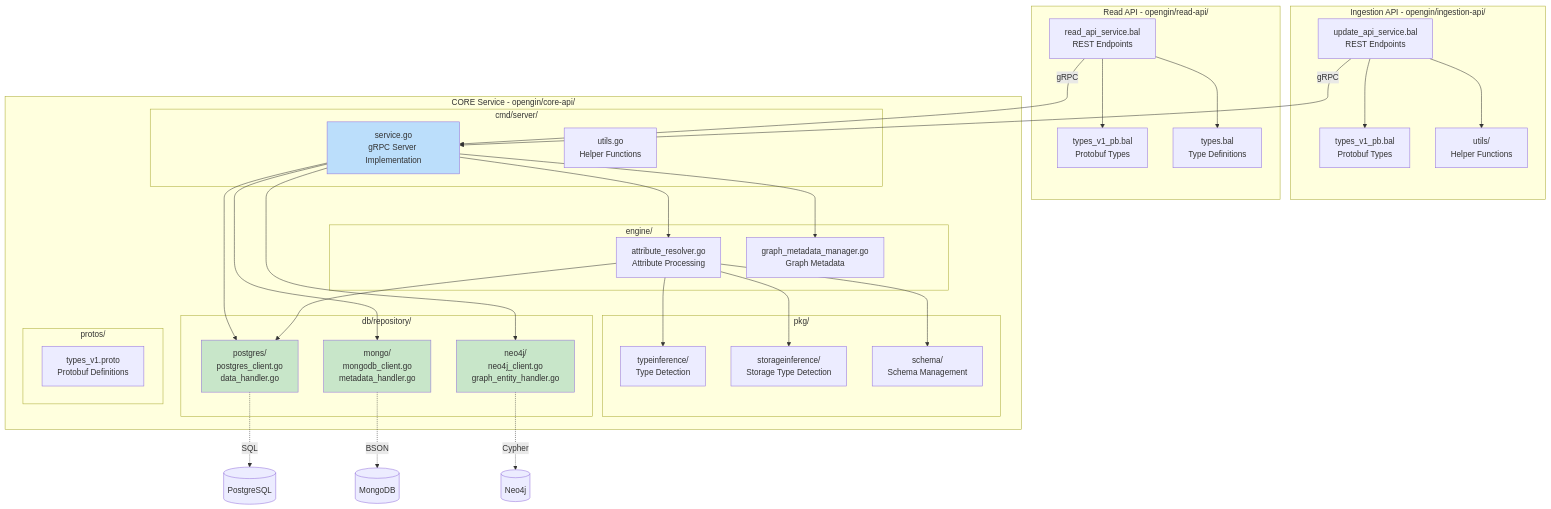
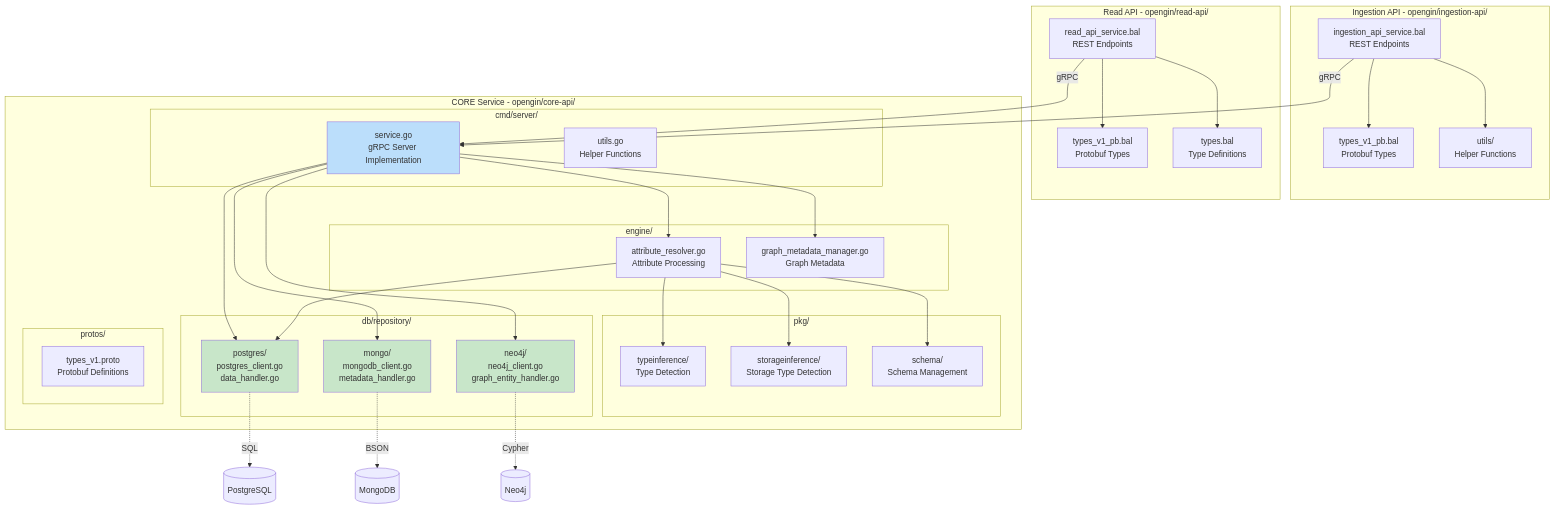
Before and after one commit to LDFLK/nexoan: the fourth of 10 diagrams in docs/architecture/diagrams.md, drawn with Mermaid. The commit also changed other lines of this file and 14 other files, not shown here.

````diff
--- a/docs/architecture/diagrams.md
+++ b/docs/architecture/diagrams.md
@@ -188,71 +188,71 @@
 ```mermaid
 graph TB
     subgraph "Ingestion API - opengin/ingestion-api/"
-        UA_Service[update_api_service.bal<br/>REST Endpoints]
+        UA_Service[ingestion_api_service.bal<br/>REST Endpoints]
         UA_Types[types_v1_pb.bal<br/>Protobuf Types]
         UA_Utils[utils/<br/>Helper Functions]
         
         UA_Service --> UA_Types
         UA_Service --> UA_Utils
     end
     
     subgraph "Read API - opengin/read-api/"
         QA_Service[read_api_service.bal<br/>REST Endpoints]
         QA_Types[types_v1_pb.bal<br/>Protobuf Types]
         QA_Utils[types.bal<br/>Type Definitions]
         
         QA_Service --> QA_Types
         QA_Service --> QA_Utils
     end
     
     subgraph "CORE Service - opengin/core-api/"
         subgraph "cmd/server/"
             Server[service.go<br/>gRPC Server Implementation]
             Utils[utils.go<br/>Helper Functions]
         end
         
         subgraph "engine/"
             AttrResolver[attribute_resolver.go<br/>Attribute Processing]
             GraphMgr[graph_metadata_manager.go<br/>Graph Metadata]
         end
         
         subgraph "pkg/"
             TypeInf[typeinference/<br/>Type Detection]
             StorageInf[storageinference/<br/>Storage Type Detection]
             Schema[schema/<br/>Schema Management]
         end
         
         subgraph "db/repository/"
             MongoRepo[mongo/<br/>mongodb_client.go<br/>metadata_handler.go]
             Neo4jRepo[neo4j/<br/>neo4j_client.go<br/>graph_entity_handler.go]
             PostgresRepo[postgres/<br/>postgres_client.go<br/>data_handler.go]
         end
         
         subgraph "protos/"
             Proto[types_v1.proto<br/>Protobuf Definitions]
         end
         
         Server --> AttrResolver
         Server --> GraphMgr
         Server --> MongoRepo
         Server --> Neo4jRepo
         Server --> PostgresRepo
         
         AttrResolver --> TypeInf
         AttrResolver --> StorageInf
         AttrResolver --> Schema
         AttrResolver --> PostgresRepo
     end
     
     UA_Service -->|gRPC| Server
     QA_Service -->|gRPC| Server
     
     MongoRepo -.->|BSON| MongoDB[(MongoDB)]
     Neo4jRepo -.->|Cypher| Neo4j[(Neo4j)]
     PostgresRepo -.->|SQL| PostgreSQL[(PostgreSQL)]
     
     style Server fill:#bbdefb
     style MongoRepo fill:#c8e6c9
     style Neo4jRepo fill:#c8e6c9
     style PostgresRepo fill:#c8e6c9
 ```
````
